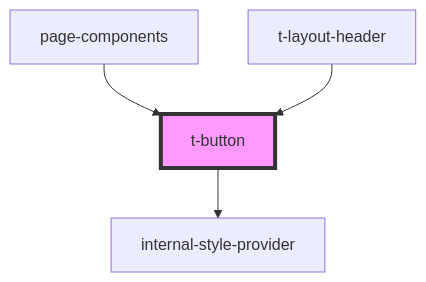
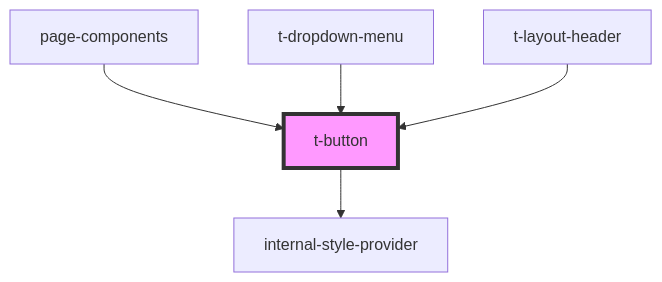
The diagram in packages/t-web-components/src/components/t-button/readme.md (TomasEng/web-components), drawn with Mermaid before and after one commit. The commit also changed other lines of this file and 14 other files, not shown here.

````diff
--- a/packages/t-web-components/src/components/t-button/readme.md
+++ b/packages/t-web-components/src/components/t-button/readme.md
@@ -28,7 +30,8 @@
 ```mermaid
 graph TD;
   t-button --> internal-style-provider
   page-components --> t-button
+  t-dropdown-menu --> t-button
   t-layout-header --> t-button
   style t-button fill:#f9f,stroke:#333,stroke-width:4px
 ```
````
